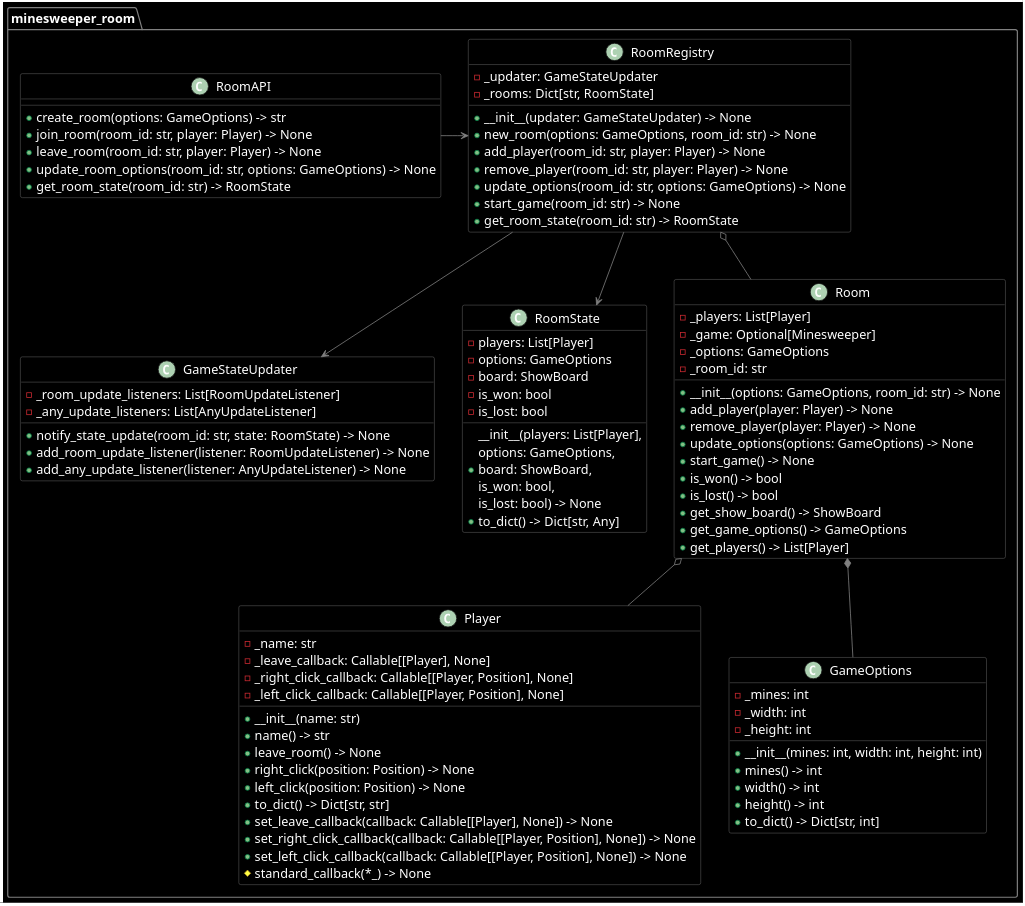
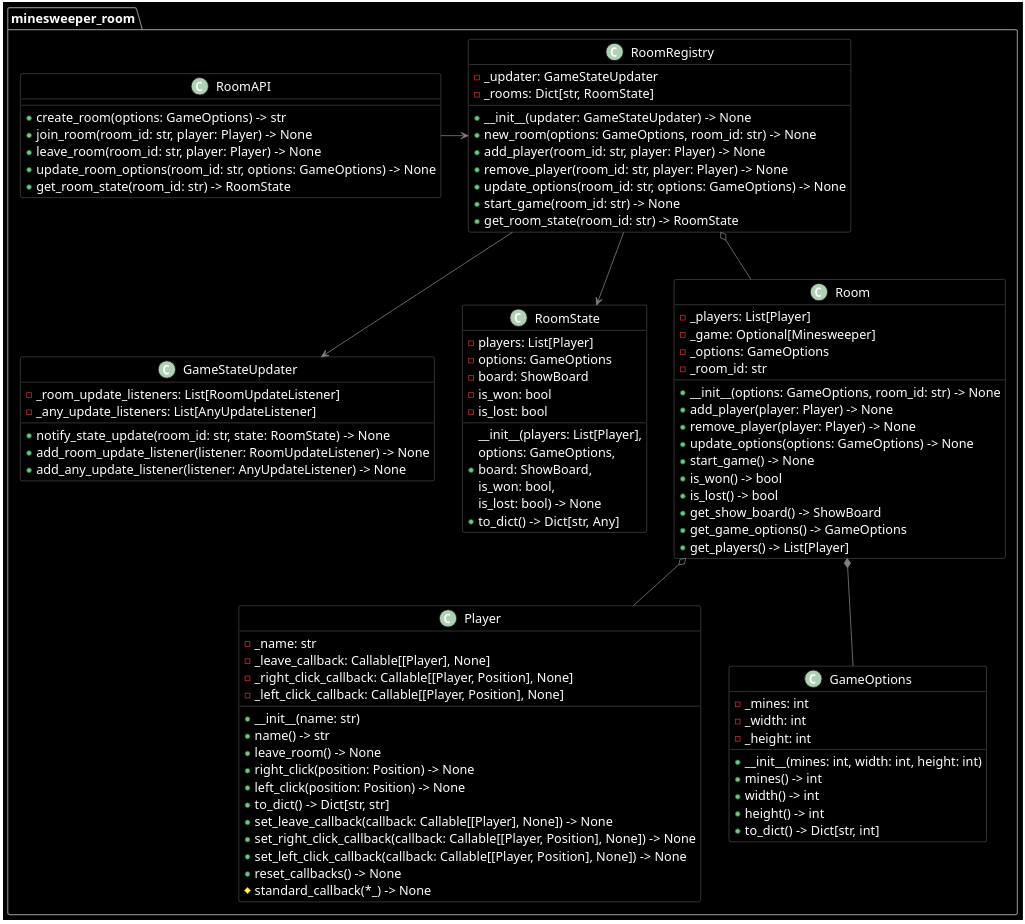
The diagram in doc/minesweeper_room-diagram.puml (HampusSiik/minesweeper-with-friends), drawn with PlantUML before and after one commit. The commit also changed 2 other files, not shown here.

Commit message:
Add reset_callbacks method and update player interaction handling

```diff
--- a/doc/minesweeper_room-diagram.puml
+++ b/doc/minesweeper_room-diagram.puml
@@ -1,133 +1,134 @@
 @startuml minesweeper_room
 
 skinparam {
 
     DefaultFontColor White
     DefaultFontName Monospace
     DefaultFontSize 16
     DefaultBorderColor White
     ArrowColor Gray
 
     BackgroundColor Black
     BorderColor Gray
     FontColor White
 
     class {
         BackgroundColor Black
         BorderColor Gray
     }
 
     package {
         BackgroundColor Black
         BorderColor Gray
     }
 
 }
 
 package minesweeper_room {
 
 
     class GameStateUpdater {
         - _room_update_listeners: List[RoomUpdateListener]
         - _any_update_listeners: List[AnyUpdateListener]
         + notify_state_update(room_id: str, state: RoomState) -> None
         + add_room_update_listener(listener: RoomUpdateListener) -> None
         + add_any_update_listener(listener: AnyUpdateListener) -> None
     }
 
     class RoomState {
         - players: List[Player]
         - options: GameOptions
         - board: ShowBoard
         - is_won: bool
         - is_lost: bool
         + __init__(players: List[Player],\noptions: GameOptions,\nboard: ShowBoard,\nis_won: bool,\nis_lost: bool) -> None
         + to_dict() -> Dict[str, Any]
     }
 
     class RoomAPI {
         + create_room(options: GameOptions) -> str
         + join_room(room_id: str, player: Player) -> None
         + leave_room(room_id: str, player: Player) -> None
         + update_room_options(room_id: str, options: GameOptions) -> None
         + get_room_state(room_id: str) -> RoomState
     }
 
     class RoomRegistry {
         - _updater: GameStateUpdater
         - _rooms: Dict[str, RoomState]
         + __init__(updater: GameStateUpdater) -> None
         + new_room(options: GameOptions, room_id: str) -> None
         + add_player(room_id: str, player: Player) -> None
         + remove_player(room_id: str, player: Player) -> None
         + update_options(room_id: str, options: GameOptions) -> None
         + start_game(room_id: str) -> None
         + get_room_state(room_id: str) -> RoomState
     }
 
     class Player {
 
         - _name: str
         - _leave_callback: Callable[[Player], None]
         - _right_click_callback: Callable[[Player, Position], None]
         - _left_click_callback: Callable[[Player, Position], None]
 
         + __init__(name: str)
         + name() -> str
         + leave_room() -> None
         + right_click(position: Position) -> None
         + left_click(position: Position) -> None
         + to_dict() -> Dict[str, str]
         + set_leave_callback(callback: Callable[[Player], None]) -> None
         + set_right_click_callback(callback: Callable[[Player, Position], None]) -> None
         + set_left_click_callback(callback: Callable[[Player, Position], None]) -> None
+        + reset_callbacks() -> None
         # standard_callback(*_) -> None
 
     }
 
     class GameOptions {
 
         - _mines: int
         - _width: int
         - _height: int
 
         + __init__(mines: int, width: int, height: int)
         + mines() -> int
         + width() -> int
         + height() -> int
         + to_dict() -> Dict[str, int]
 
     }
 
     class Room {
 
         - _players: List[Player]
         - _game: Optional[Minesweeper]
         - _options: GameOptions
         - _room_id: str
 
         + __init__(options: GameOptions, room_id: str) -> None
         + add_player(player: Player) -> None
         + remove_player(player: Player) -> None
         + update_options(options: GameOptions) -> None
         + start_game() -> None
         + is_won() -> bool
         + is_lost() -> bool
         + get_show_board() -> ShowBoard
         + get_game_options() -> GameOptions
         + get_players() -> List[Player]
 
     }
 
     RoomAPI -> RoomRegistry
     RoomRegistry --> RoomState
     RoomRegistry --> GameStateUpdater
 
     Room o-- Player
     Room *-- GameOptions
 
     RoomRegistry o-- Room
 
 }
 
 @enduml
```
